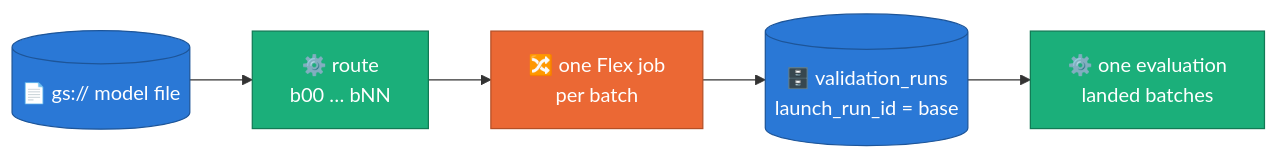
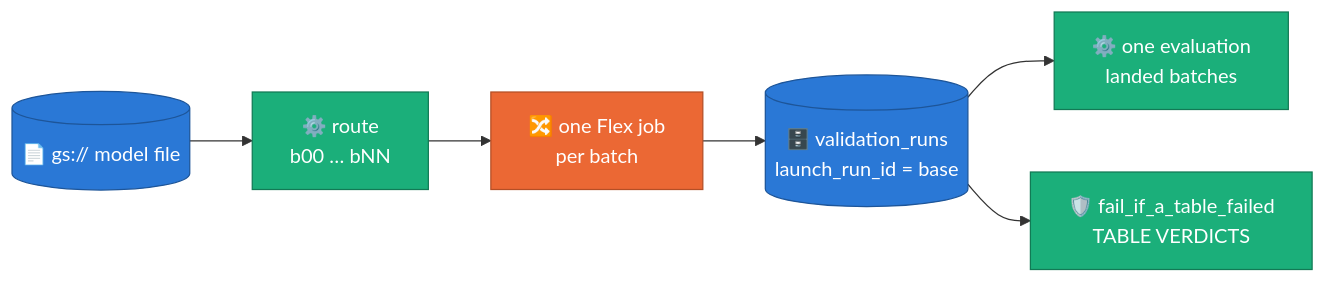
Before and after one commit to albertols/synthetic-llm-dataflow-bigquery: the ninth of 9 diagrams in docs/RUN_PLAYBOOK.md, drawn with Mermaid. The commit also changed other lines of this file and 6 other files, not shown here.

Commit message:
docs: ADR 0045 revised for table-level verdicts, the cap's precedence and the relationships_uri marker

````diff
--- a/docs/RUN_PLAYBOOK.md
+++ b/docs/RUN_PLAYBOOK.md
@@ -2835,15 +2922,17 @@
 ```mermaid
 flowchart LR
   classDef beam  fill:#eb6834,color:#fff,stroke:#b44f26
   classDef cpu   fill:#1baf7a,color:#fff,stroke:#127a55
   classDef gpu   fill:#7a3fd1,color:#fff,stroke:#5a2f9d
   classDef store fill:#2a78d6,color:#fff,stroke:#1d5599
   classDef data  fill:#6b7280,color:#fff,stroke:#4b5563
 
   M[("📄 gs:// model file")]:::store
   P["⚙️ route<br/>b00 … bNN"]:::cpu
   J["🔀 one Flex job<br/>per batch"]:::beam
   V[("🗄️ validation_runs<br/>launch_run_id = base")]:::store
   E["⚙️ one evaluation<br/>landed batches"]:::cpu
+  T["🛡️ fail_if_a_table_failed<br/>TABLE VERDICTS"]:::cpu
   M --> P --> J --> V --> E
+  V --> T
 ```
````
